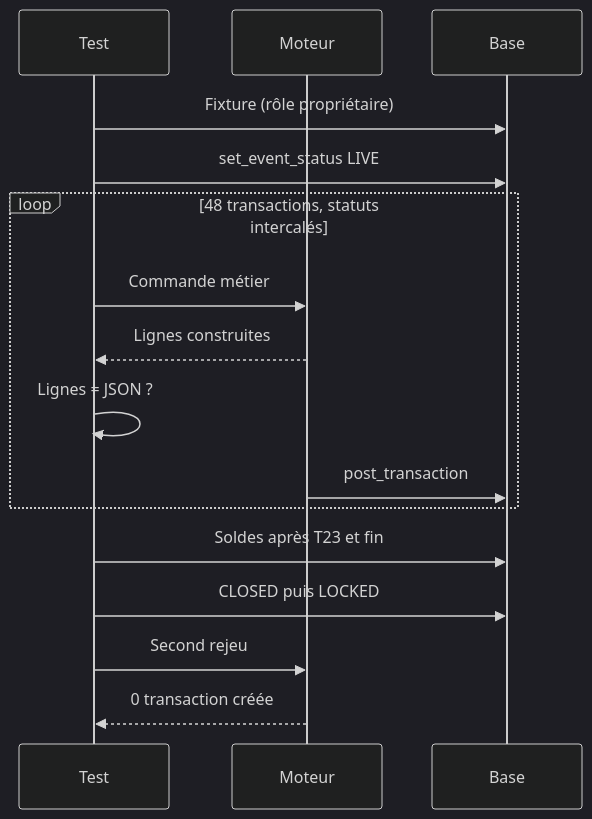
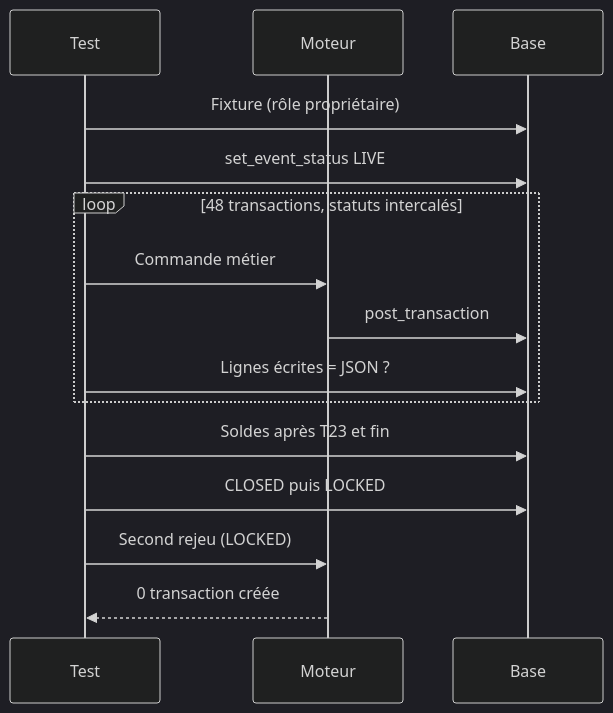
The second of 2 diagrams in kitty-specs/fondations-grand-livre-01M4AY8M/docs/sequence.md (atrona8/cashless-platform), drawn with Mermaid (dark theme) before and after one commit. The commit also changed other lines of this file and 11 other files, not shown here.

````diff
--- a/kitty-specs/fondations-grand-livre-01M4AY8M/docs/sequence.md
+++ b/kitty-specs/fondations-grand-livre-01M4AY8M/docs/sequence.md
@@ -38,19 +43,18 @@
 ```mermaid
 sequenceDiagram
     participant T as Test
     participant M as Moteur
     participant DB as Base
 
     T->>DB: Fixture (rôle propriétaire)
     T->>DB: set_event_status LIVE
     loop 48 transactions, statuts intercalés
         T->>M: Commande métier
-        M-->>T: Lignes construites
-        T->>T: Lignes = JSON ?
         M->>DB: post_transaction
+        T->>DB: Lignes écrites = JSON ?
     end
     T->>DB: Soldes après T23 et fin
     T->>DB: CLOSED puis LOCKED
-    T->>M: Second rejeu
+    T->>M: Second rejeu (LOCKED)
     M-->>T: 0 transaction créée
 ```
````
